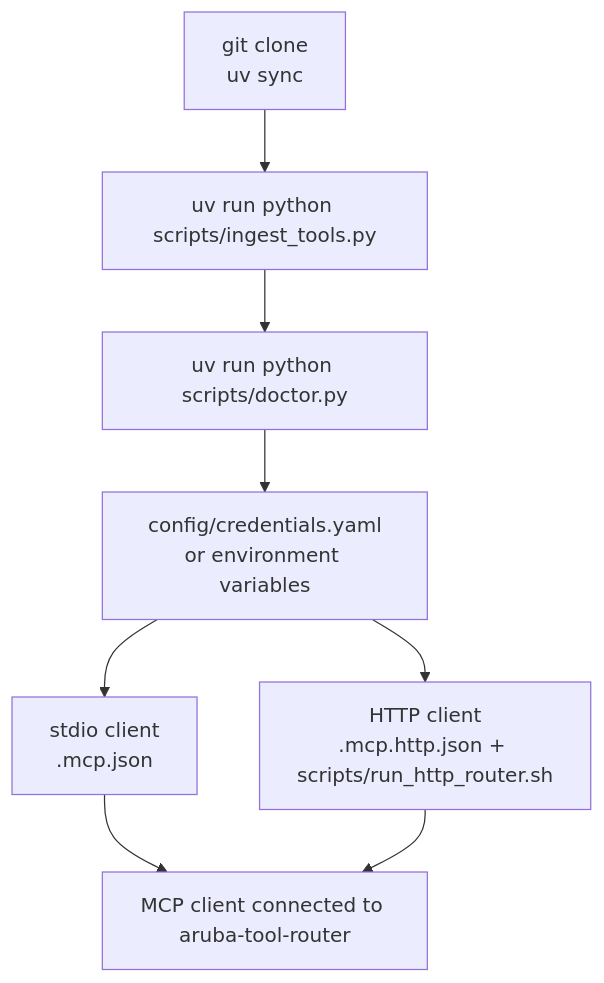
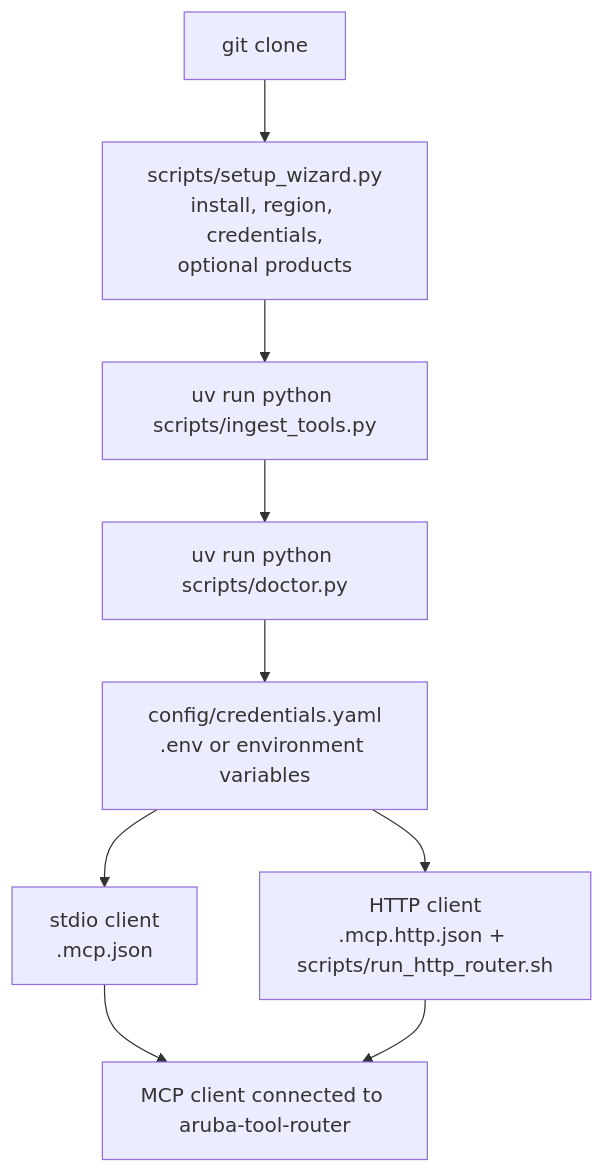
The third of 3 diagrams in docs/architecture/system-overview.md (secure-ssid/centralmcp), drawn with Mermaid before and after one commit. The commit also changed other lines of this file and 10 other files, not shown here.

Commit message:
Add guided setup wizard

````diff
--- a/docs/architecture/system-overview.md
+++ b/docs/architecture/system-overview.md
@@ -71,18 +71,20 @@
 ```mermaid
 flowchart TD
-    clone["git clone<br/>uv sync"]
+    clone["git clone"]
+    wizard["scripts/setup_wizard.py<br/>install, region, credentials,<br/>optional products"]
     catalog["uv run python scripts/ingest_tools.py"]
     doctor["uv run python scripts/doctor.py"]
-    creds["config/credentials.yaml<br/>or environment variables"]
+    creds["config/credentials.yaml<br/>.env or environment variables"]
     stdio["stdio client<br/>.mcp.json"]
     http["HTTP client<br/>.mcp.http.json + scripts/run_http_router.sh"]
     ready["MCP client connected to aruba-tool-router"]
 
-    clone --> catalog
+    clone --> wizard
+    wizard --> catalog
     catalog --> doctor
     doctor --> creds
     creds --> stdio
     creds --> http
     stdio --> ready
     http --> ready
 ```
````
